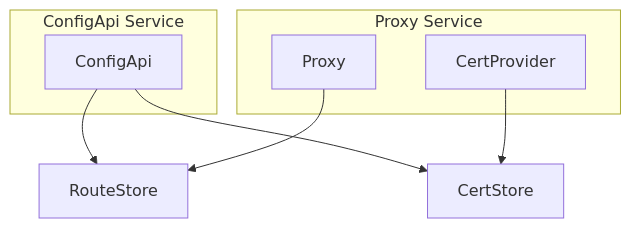
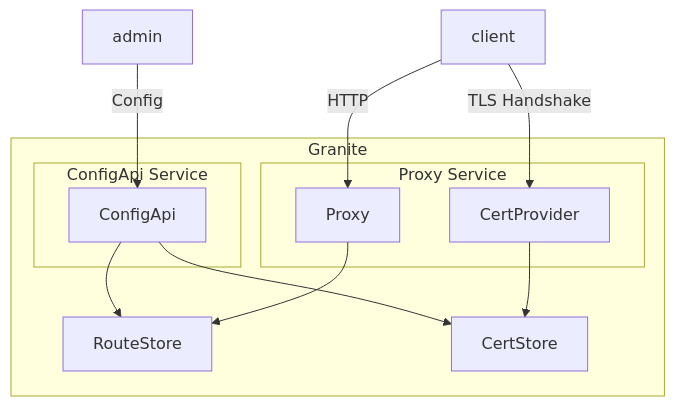
Before and after one commit to mdevuyst/granite: the diagram in docs/architecture.md, drawn with Mermaid. The commit also changed 3 other files, not shown here.

````diff
--- a/docs/architecture.md
+++ b/docs/architecture.md
@@ -5,14 +5,21 @@
-```mermaid
+:::mermaid
 flowchart TD
-  subgraph "Proxy Service"
-  Proxy
-  CertProvider
-  end
-  subgraph "ConfigApi Service"
-  ConfigApi
+  subgraph "Granite"
+    subgraph "Proxy Service"
+      CertProvider
+      Proxy
+    end
+    subgraph "ConfigApi Service"
+      ConfigApi
+    end
+    RouteStore
+    CertStore
   end
   ConfigApi --> RouteStore
   ConfigApi --> CertStore
+  CertProvider --> CertStore
   Proxy --> RouteStore
-  CertProvider --> CertStore
-```
+  client -->|TLS Handshake| CertProvider
+  client -->|HTTP| Proxy
+  admin -->|Config| ConfigApi
+:::
````
